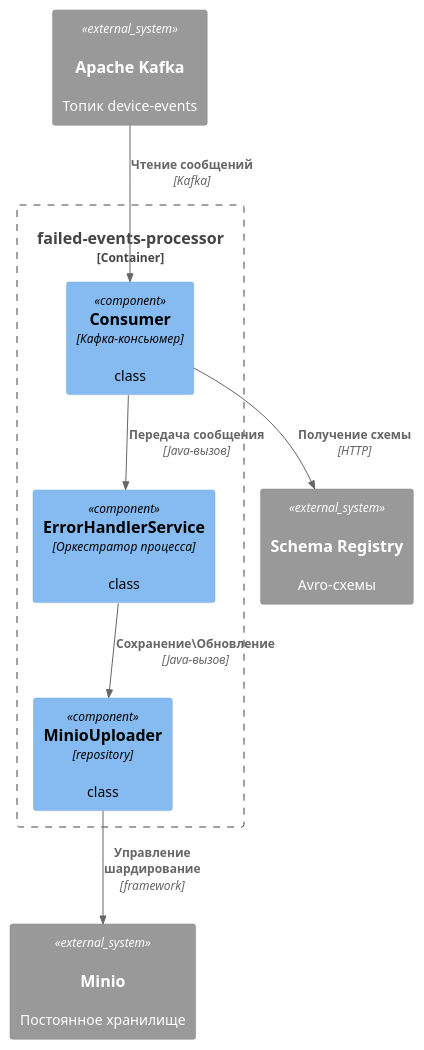
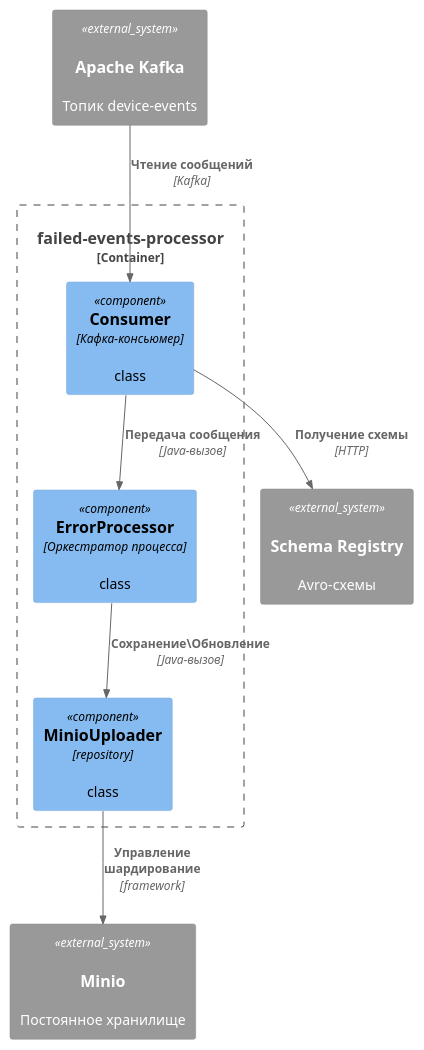
Before and after one commit to ApenDover/ourcode-iot-platform: the diagram in diagrams/failed-events-processor/failed-events-processor-component.puml, drawn with PlantUML. The commit also changed 9 other files, not shown here.

```diff
--- a/diagrams/failed-events-processor/failed-events-processor-component.puml
+++ b/diagrams/failed-events-processor/failed-events-processor-component.puml
@@ -1,26 +1,26 @@
 @startuml
 !include https://raw.githubusercontent.com/plantuml-stdlib/C4-PlantUML/master/C4_Component.puml
 
 AddElementTag("microservice", $bgColor="#E6F3F7", $fontColor="#333333", $borderColor="#3F668F")
 AddElementTag("storage", $bgColor="#F7E9E6", $fontColor="#333333", $borderColor="#8F3F3F")
 AddElementTag("queue", $bgColor="#E6F7E6", $fontColor="#333333", $borderColor="#3F8F5F")
 
 Container_Boundary(app, "failed-events-processor") {
     Component(consumer, "Consumer", "Кафка-консьюмер", "class")
-    Component(error_handler_service, "ErrorHandlerService", "Оркестратор процесса", "class")
+    Component(error_handler_service, "ErrorProcessor", "Оркестратор процесса", "class")
     Component(minio_uploader, "MinioUploader", "repository", "class")
 }
 
 System_Ext(kafka, "Apache Kafka", "Топик device-events", "queue")
 System_Ext(schema_reg, "Schema Registry", "Avro-схемы", "storage")
 System_Ext(minio, "Minio", "Постоянное хранилище", "storage")
 
 Rel(kafka, consumer, "Чтение сообщений", "Kafka")
 Rel(consumer, schema_reg, "Получение схемы", "HTTP")
 Rel(consumer, error_handler_service, "Передача сообщения", "Java-вызов")
 
 Rel(error_handler_service, minio_uploader, "Сохранение\Обновление", "Java-вызов")
 Rel(minio_uploader, minio, "Управление шардирование", "framework")
 
 
 @enduml
```
